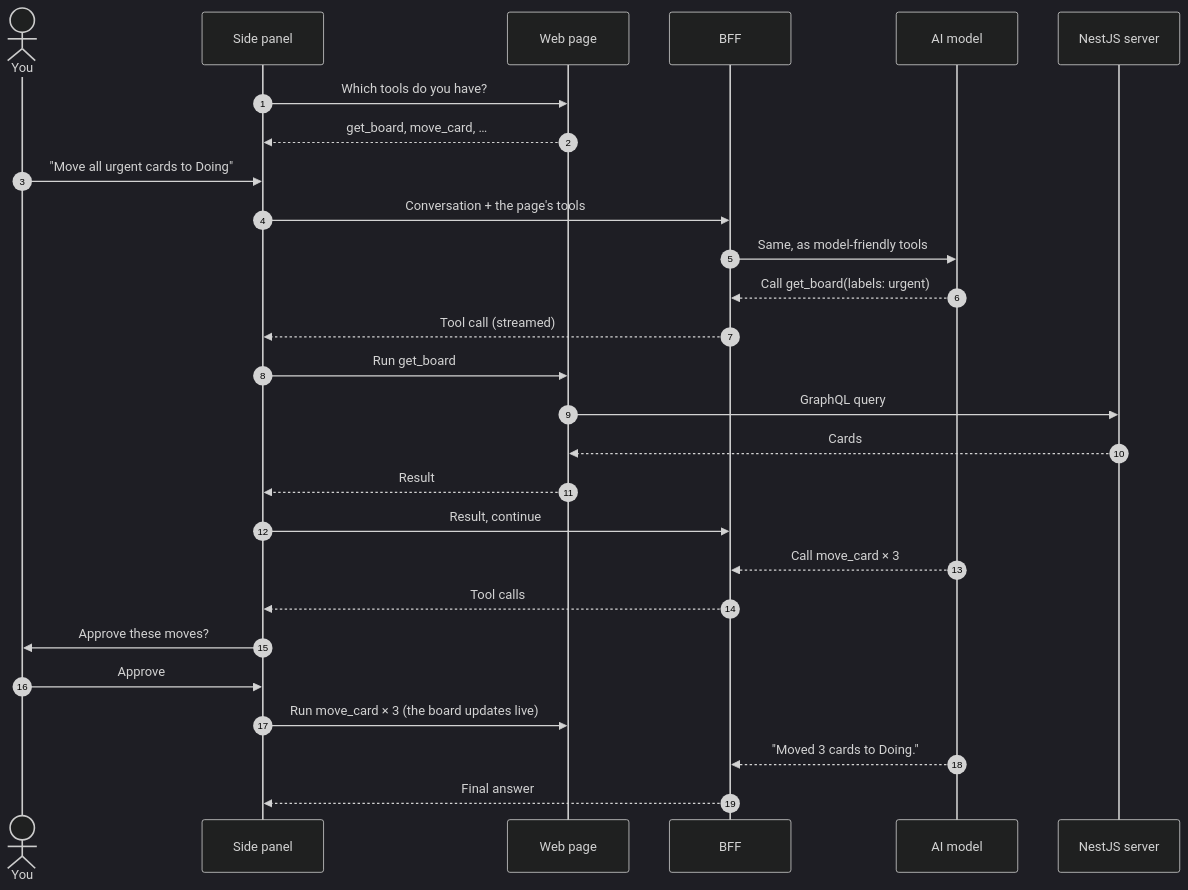
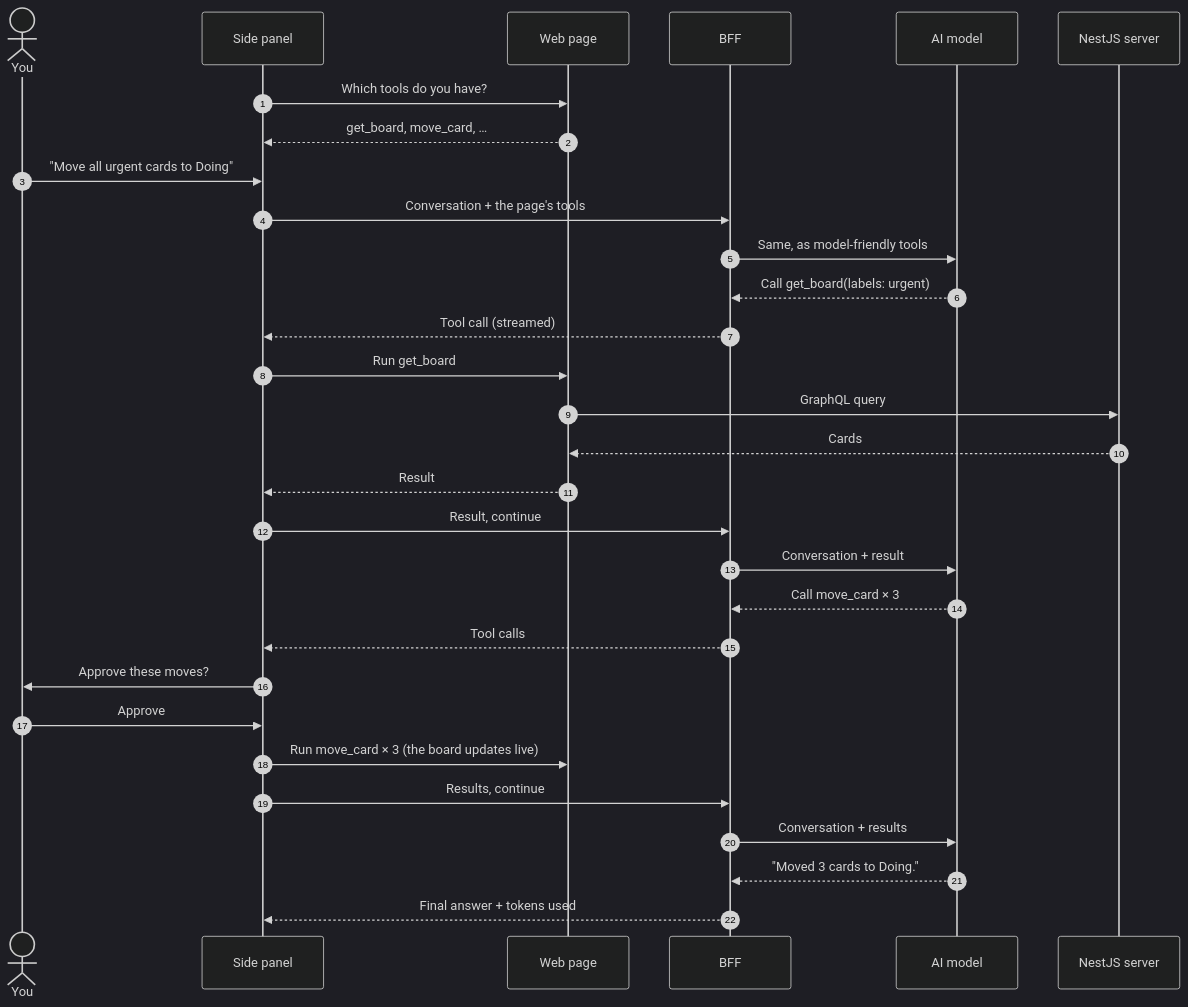
One commit to smartinsantos/chrome-extension-exp changed the first of 2 diagrams in docs/architecture.md. Above: the diagram before and after it, drawn with Mermaid (dark theme). The commit also changed other lines of this file and 7 other files, not shown here.

````diff
--- a/docs/architecture.md
+++ b/docs/architecture.md
@@ -21,30 +21,33 @@
 ```mermaid
 sequenceDiagram
   autonumber
   actor You
   participant Panel as Side panel
   participant Page as Web page
   participant BFF
   participant Model as AI model
   participant Server as NestJS server
 
   Panel->>Page: Which tools do you have?
   Page-->>Panel: get_board, move_card, …
   You->>Panel: "Move all urgent cards to Doing"
   Panel->>BFF: Conversation + the page's tools
   BFF->>Model: Same, as model-friendly tools
   Model-->>BFF: Call get_board(labels: urgent)
   BFF-->>Panel: Tool call (streamed)
   Panel->>Page: Run get_board
   Page->>Server: GraphQL query
   Server-->>Page: Cards
   Page-->>Panel: Result
   Panel->>BFF: Result, continue
+  BFF->>Model: Conversation + result
   Model-->>BFF: Call move_card × 3
   BFF-->>Panel: Tool calls
   Panel->>You: Approve these moves?
   You->>Panel: Approve
   Panel->>Page: Run move_card × 3 (the board updates live)
+  Panel->>BFF: Results, continue
+  BFF->>Model: Conversation + results
   Model-->>BFF: "Moved 3 cards to Doing."
-  BFF-->>Panel: Final answer
+  BFF-->>Panel: Final answer + tokens used
 ```
````
